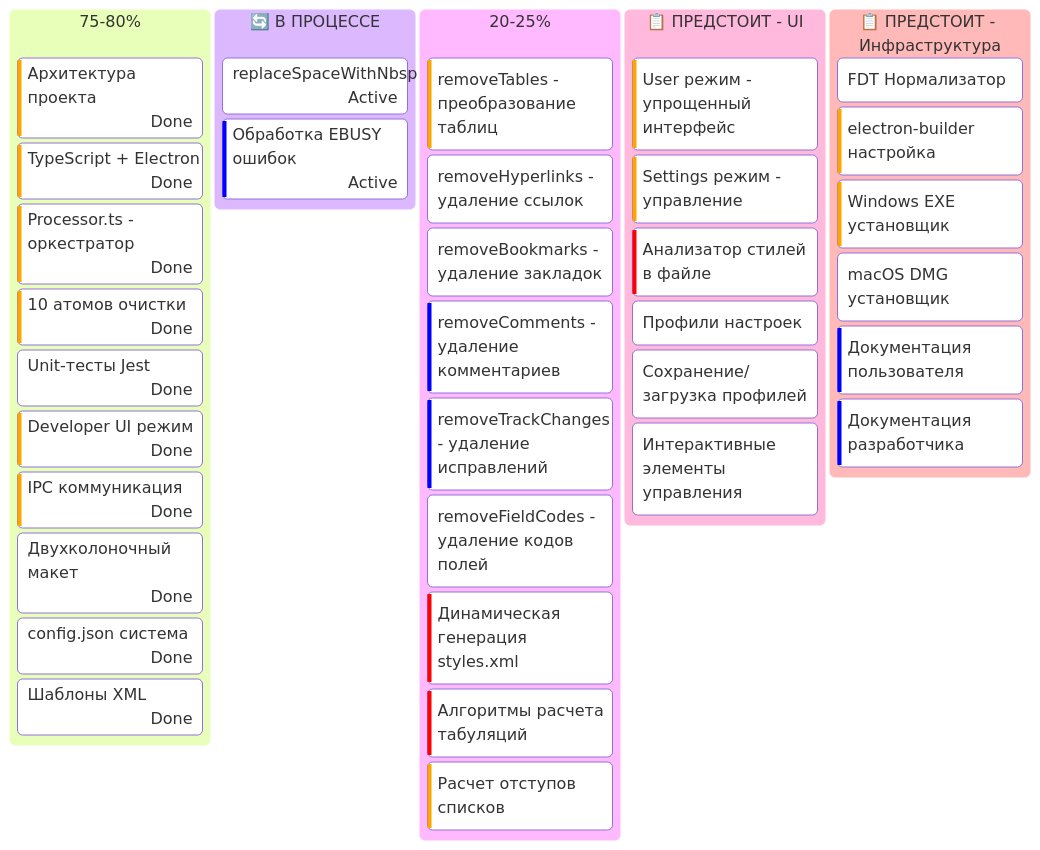
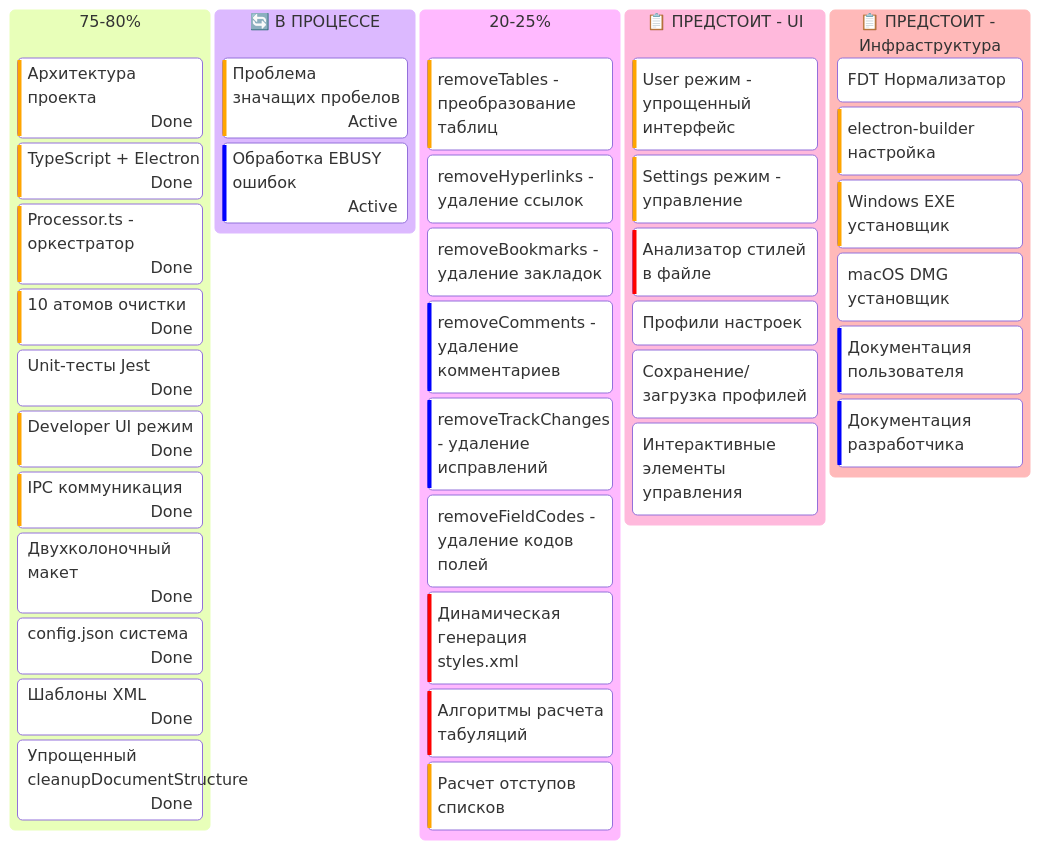
The diagram in docs/project-status.mmd (AlexanderKuzikov/OptimizatorNG), drawn with Mermaid before and after one commit. The commit also changed 6 other files, not shown here.

```diff
--- a/docs/project-status.mmd
+++ b/docs/project-status.mmd
@@ -1,43 +1,44 @@
 kanban
   ✅ ГОТОВО (75-80%)
     [Архитектура проекта]@{ assigned: 'Done', priority: 'High' }
     [TypeScript + Electron]@{ assigned: 'Done', priority: 'High' }
     [Processor.ts - оркестратор]@{ assigned: 'Done', priority: 'High' }
     [10 атомов очистки]@{ assigned: 'Done', priority: 'High' }
     [Unit-тесты Jest]@{ assigned: 'Done', priority: 'Medium' }
     [Developer UI режим]@{ assigned: 'Done', priority: 'High' }
     [IPC коммуникация]@{ assigned: 'Done', priority: 'High' }
     [Двухколоночный макет]@{ assigned: 'Done', priority: 'Medium' }
     [config.json система]@{ assigned: 'Done', priority: 'Medium' }
     [Шаблоны XML]@{ assigned: 'Done', priority: 'Medium' }
-  
+    [Упрощенный cleanupDocumentStructure]@{ assigned: 'Done', priority: 'Medium' }
+
   🔄 В ПРОЦЕССЕ
-    [replaceSpaceWithNbsp]@{ assigned: 'Active', priority: 'Medium' }
+    [Проблема значащих пробелов]@{ assigned: 'Active', priority: 'High' }
     [Обработка EBUSY ошибок]@{ assigned: 'Active', priority: 'Low' }
-  
+
   📋 ПРЕДСТОИТ - Ядро (20-25%)
     [removeTables - преобразование таблиц]@{ priority: 'High' }
     [removeHyperlinks - удаление ссылок]@{ priority: 'Medium' }
     [removeBookmarks - удаление закладок]@{ priority: 'Medium' }
     [removeComments - удаление комментариев]@{ priority: 'Low' }
     [removeTrackChanges - удаление исправлений]@{ priority: 'Low' }
     [removeFieldCodes - удаление кодов полей]@{ priority: 'Medium' }
     [Динамическая генерация styles.xml]@{ priority: 'Very High' }
     [Алгоритмы расчета табуляций]@{ priority: 'Very High' }
     [Расчет отступов списков]@{ priority: 'High' }
-  
+
   📋 ПРЕДСТОИТ - UI
     [User режим - упрощенный интерфейс]@{ priority: 'High' }
     [Settings режим - управление]@{ priority: 'High' }
     [Анализатор стилей в файле]@{ priority: 'Very High' }
     [Профили настроек]@{ priority: 'Medium' }
     [Сохранение/загрузка профилей]@{ priority: 'Medium' }
     [Интерактивные элементы управления]@{ priority: 'Medium' }
-  
+
   📋 ПРЕДСТОИТ - Инфраструктура
     [FDT Нормализатор]@{ priority: 'Medium' }
     [electron-builder настройка]@{ priority: 'High' }
     [Windows EXE установщик]@{ priority: 'High' }
     [macOS DMG установщик]@{ priority: 'Medium' }
     [Документация пользователя]@{ priority: 'Low' }
     [Документация разработчика]@{ priority: 'Low' }
```
